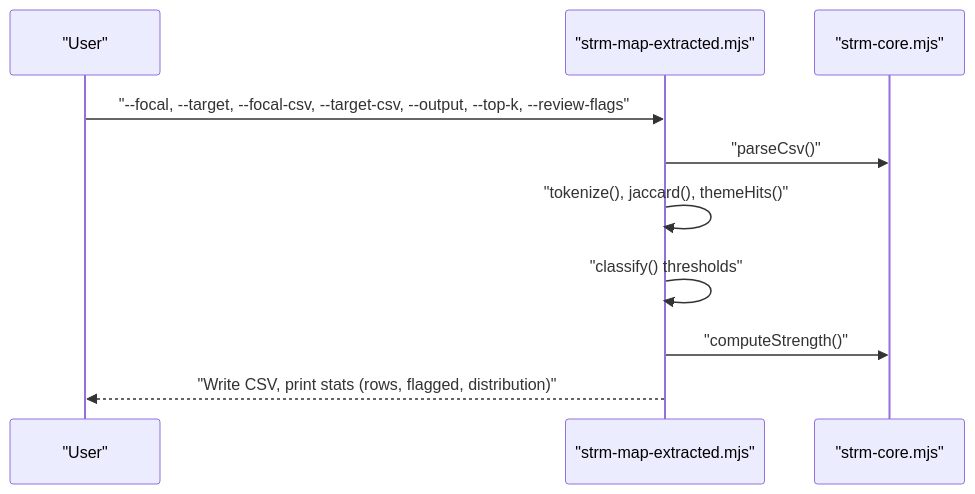
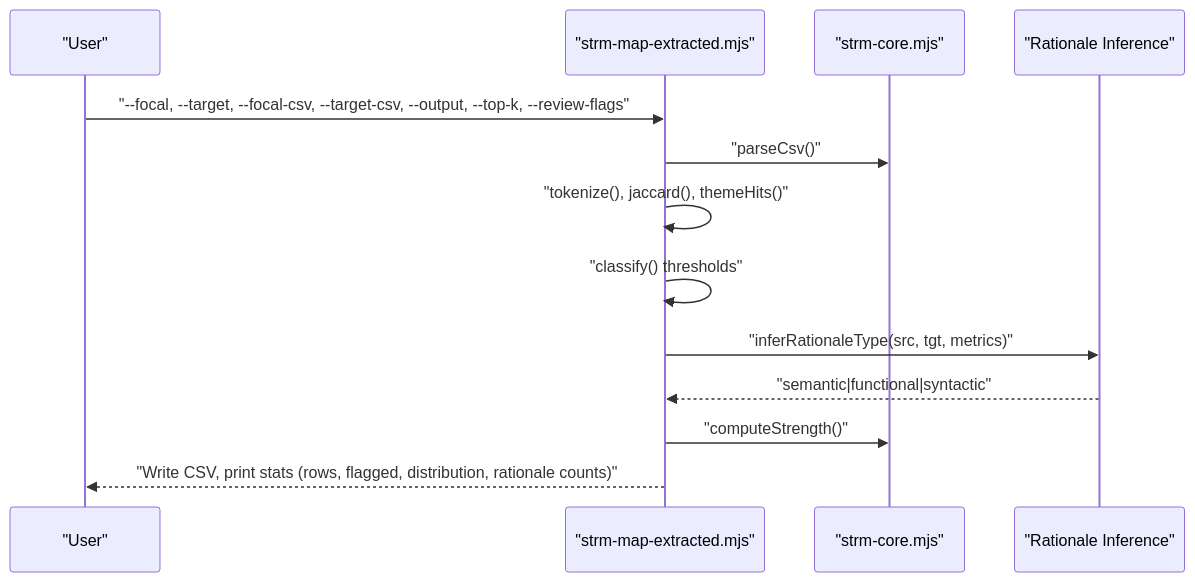
Before and after one commit to austinsonger/GRC-Mapping-Analyst: the fifth of 8 diagrams in .qoder/repowiki/en/content/Core Processing Engine and Algorithms/Quality Assurance and Error Handling.md, drawn with Mermaid. The commit also changed other lines of this file and 4 other files, not shown here.

````diff
--- a/.qoder/repowiki/en/content/Core Processing Engine and Algorithms/Quality Assurance and Error Handling.md
+++ b/.qoder/repowiki/en/content/Core Processing Engine and Algorithms/Quality Assurance and Error Handling.md
@@ -211,12 +277,15 @@
 ```mermaid
 sequenceDiagram
 participant User as "User"
 participant MAPX as "strm-map-extracted.mjs"
 participant CORE as "strm-core.mjs"
+participant INF as "Rationale Inference"
 User->>MAPX : "--focal, --target, --focal-csv, --target-csv, --output, --top-k, --review-flags"
 MAPX->>CORE : "parseCsv()"
 MAPX->>MAPX : "tokenize(), jaccard(), themeHits()"
 MAPX->>MAPX : "classify() thresholds"
+MAPX->>INF : "inferRationaleType(src, tgt, metrics)"
+INF-->>MAPX : "semantic|functional|syntactic"
 MAPX->>CORE : "computeStrength()"
-MAPX-->>User : "Write CSV, print stats (rows, flagged, distribution)"
+MAPX-->>User : "Write CSV, print stats (rows, flagged, distribution, rationale counts)"
 ```
````
